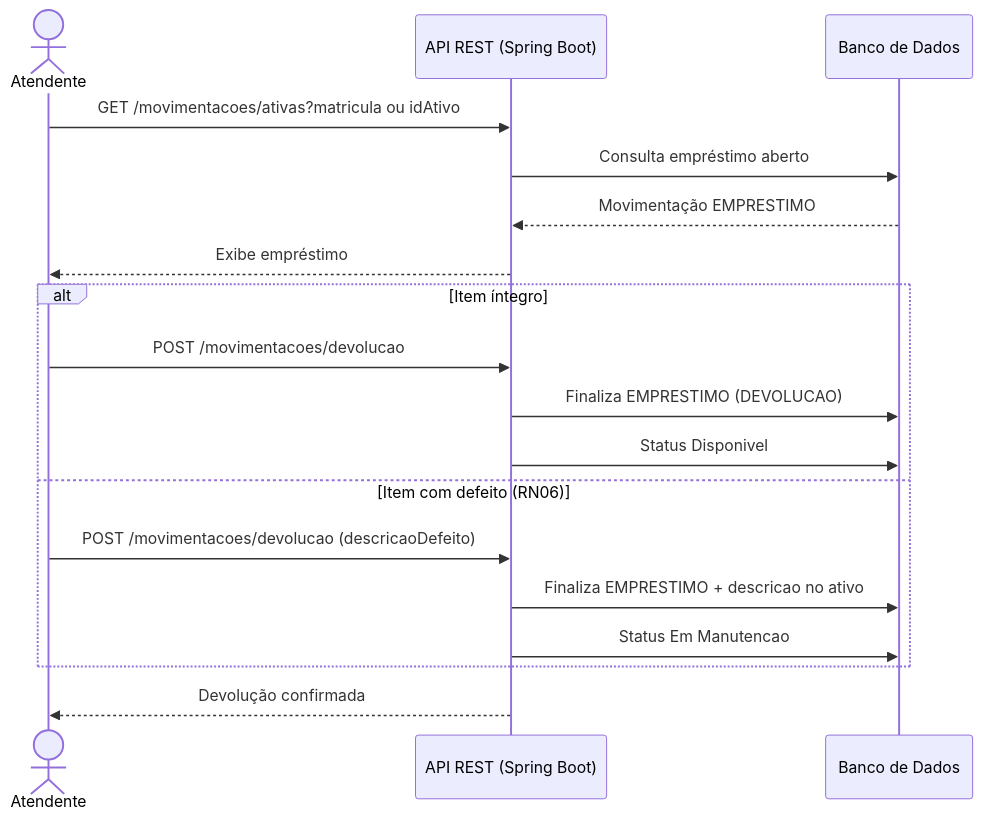
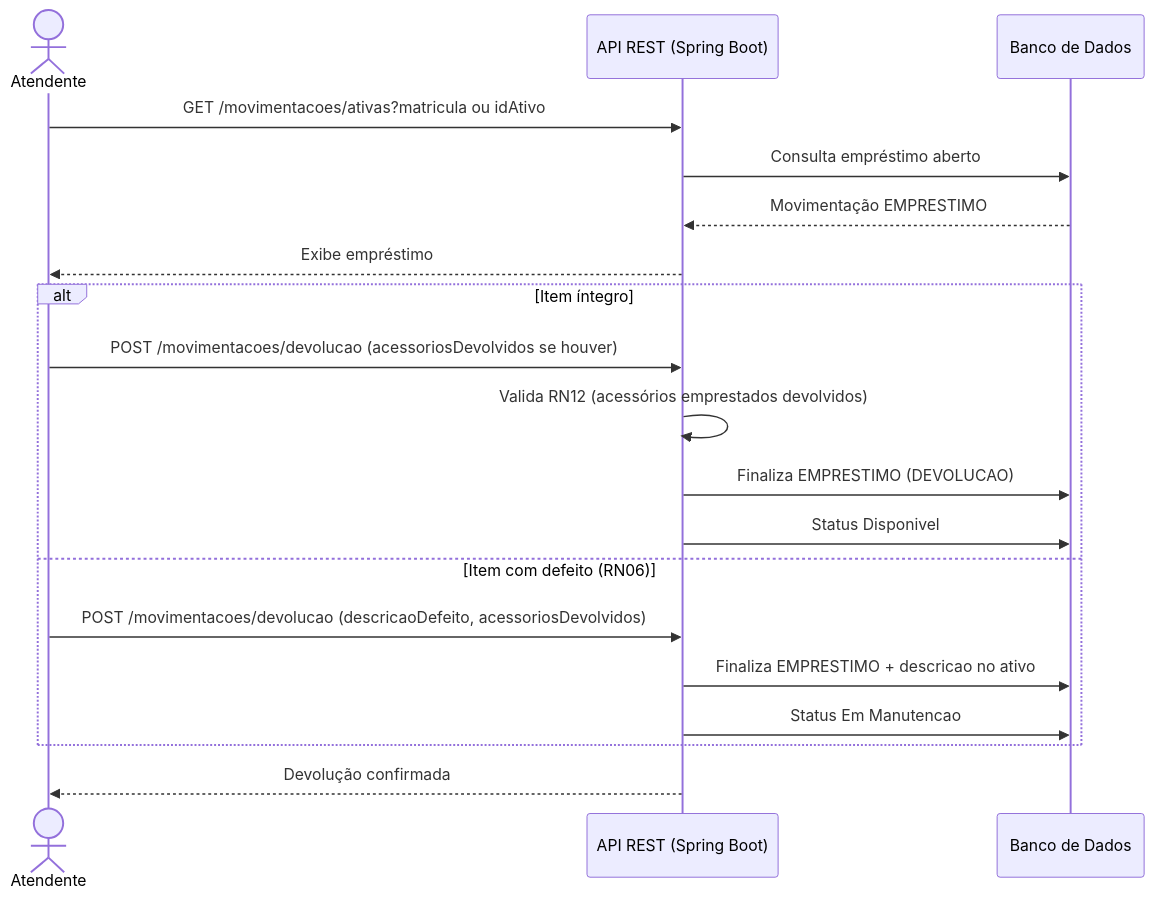
Before and after one commit to oliveiraleonardo918-ui/TesteEmProducao26.1: the fifth of 6 diagrams in README.md, drawn with Mermaid. The commit also changed other lines of this file, not shown here.

First line of the commit message:
docs: fluxo só por reserva, código de 4 dígitos e acessórios

````diff
--- a/README.md
+++ b/README.md
@@ -812,22 +829,23 @@
 ```mermaid
 sequenceDiagram
     actor Atendente
     participant API as API REST (Spring Boot)
     participant DB as Banco de Dados
 
     Atendente->>API: GET /movimentacoes/ativas?matricula ou idAtivo
     API->>DB: Consulta empréstimo aberto
     DB-->>API: Movimentação EMPRESTIMO
     API-->>Atendente: Exibe empréstimo
 
     alt Item íntegro
-        Atendente->>API: POST /movimentacoes/devolucao
+        Atendente->>API: POST /movimentacoes/devolucao (acessoriosDevolvidos se houver)
+        API->>API: Valida RN12 (acessórios emprestados devolvidos)
         API->>DB: Finaliza EMPRESTIMO (DEVOLUCAO)
         API->>DB: Status Disponivel
     else Item com defeito (RN06)
-        Atendente->>API: POST /movimentacoes/devolucao (descricaoDefeito)
+        Atendente->>API: POST /movimentacoes/devolucao (descricaoDefeito, acessoriosDevolvidos)
         API->>DB: Finaliza EMPRESTIMO + descricao no ativo
         API->>DB: Status Em Manutencao
     end
     API-->>Atendente: Devolução confirmada
 ```
````
